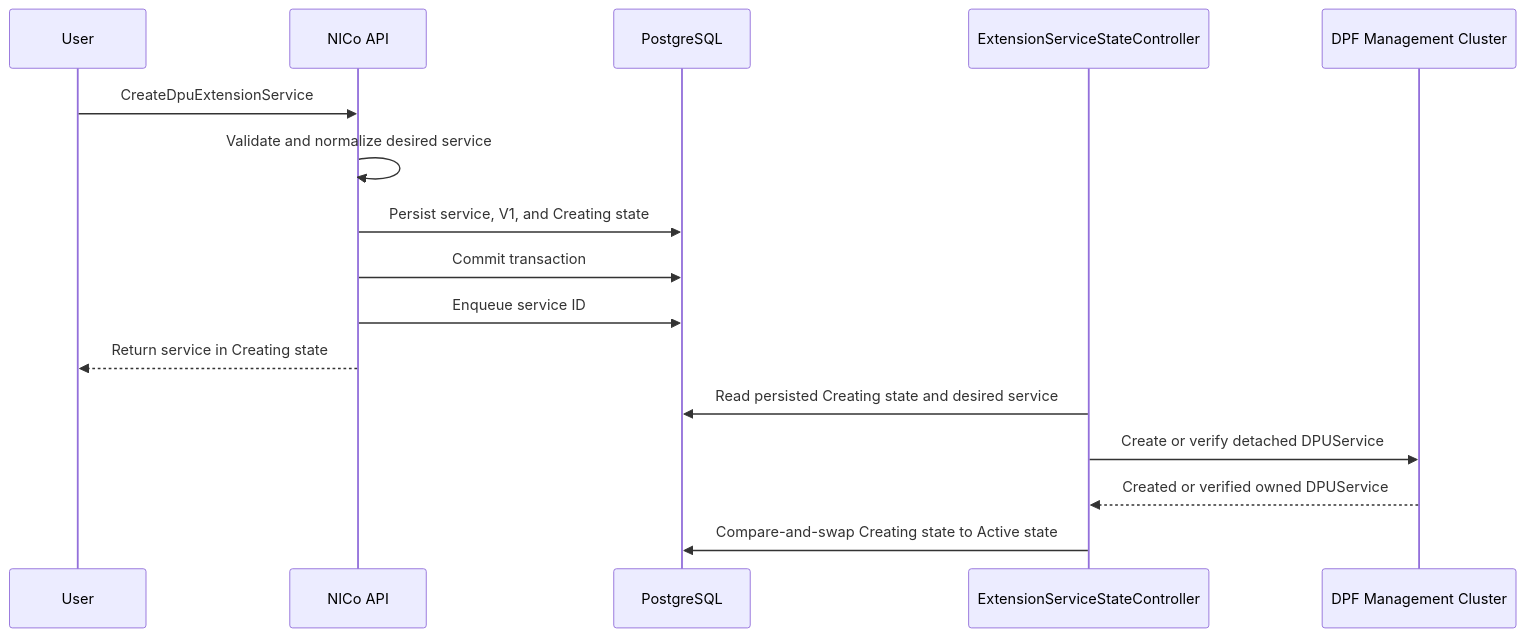
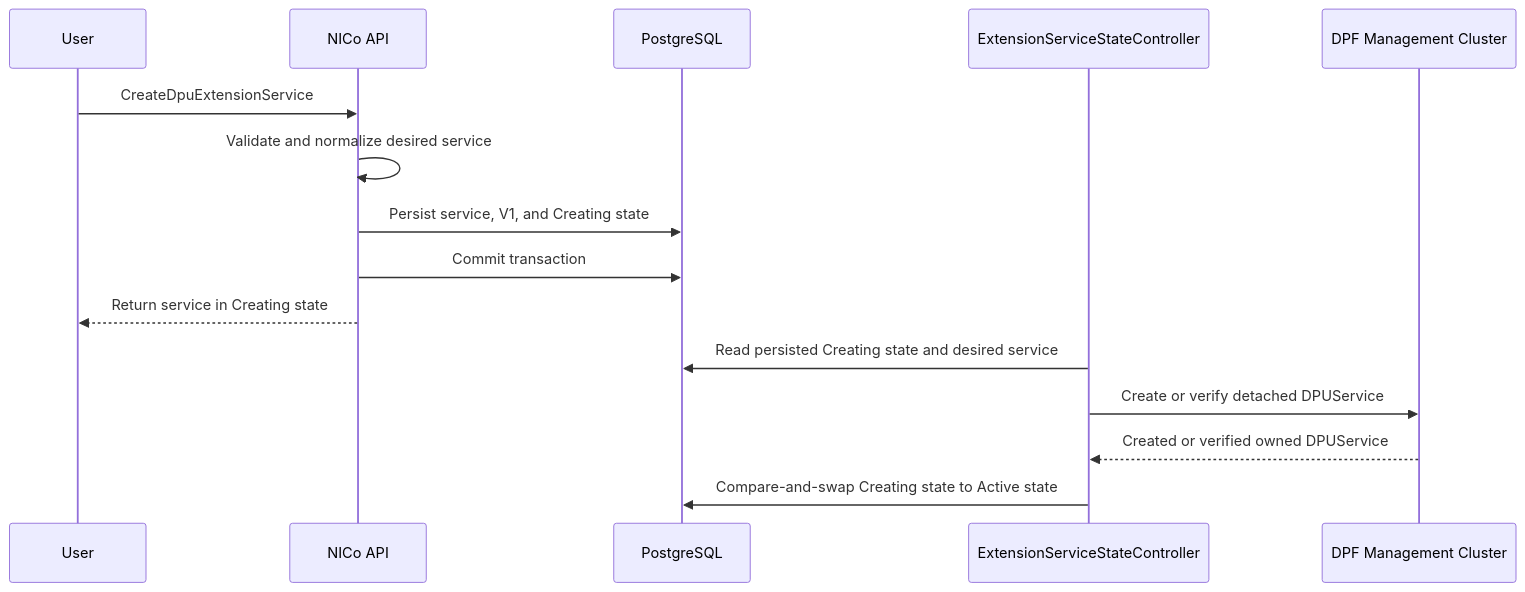
Before and after one commit to NVIDIA/infra-controller: the diagram in docs/design/dpf-helm-chart-extension-services.md, drawn with Mermaid. The commit also changed other lines of this file, not shown here.

````diff
--- a/docs/design/dpf-helm-chart-extension-services.md
+++ b/docs/design/dpf-helm-chart-extension-services.md
@@ -246,19 +251,18 @@
 ```mermaid
 sequenceDiagram
     participant User
     participant API as NICo API
     participant DB as PostgreSQL
     participant Controller as ExtensionServiceStateController
     participant DPF as DPF Management Cluster
 
     User->>API: CreateDpuExtensionService
     API->>API: Validate and normalize desired service
     API->>DB: Persist service, V1, and Creating state
     API->>DB: Commit transaction
-    API->>DB: Enqueue service ID
     API-->>User: Return service in Creating state
     Controller->>DB: Read persisted Creating state and desired service
     Controller->>DPF: Create or verify detached DPUService
     DPF-->>Controller: Created or verified owned DPUService
     Controller->>DB: Compare-and-swap Creating state to Active state
 ```
````
